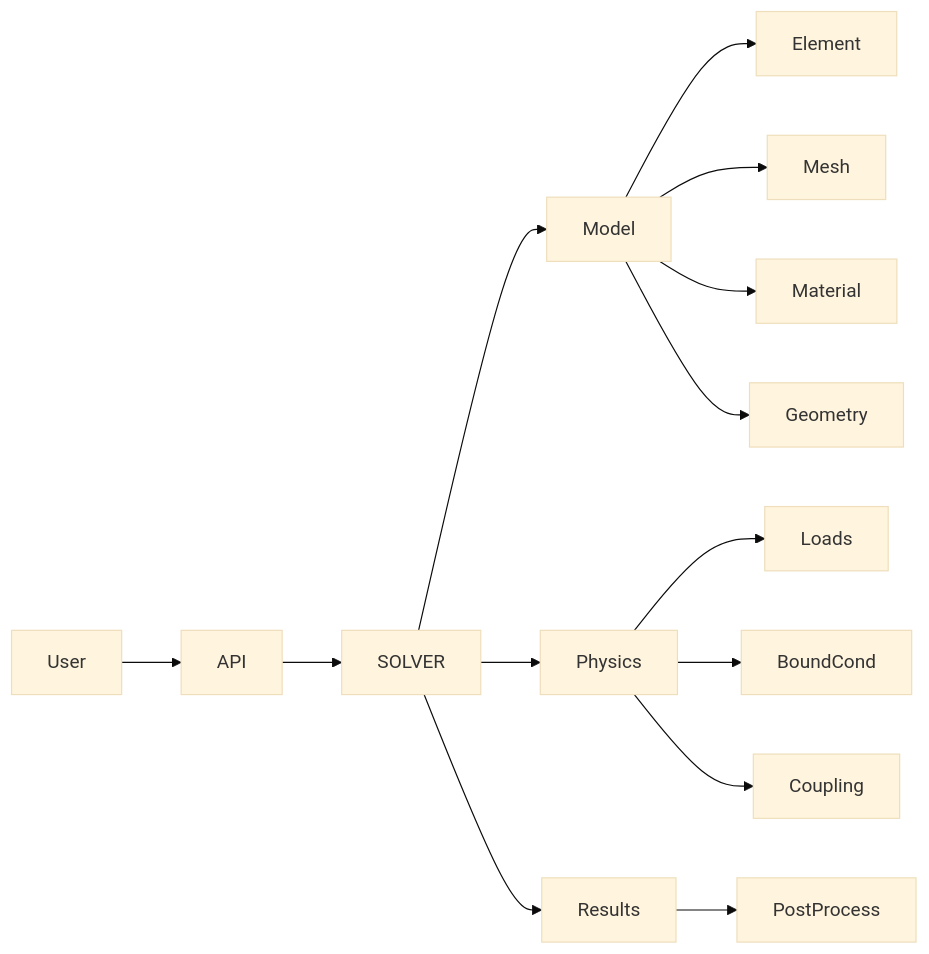
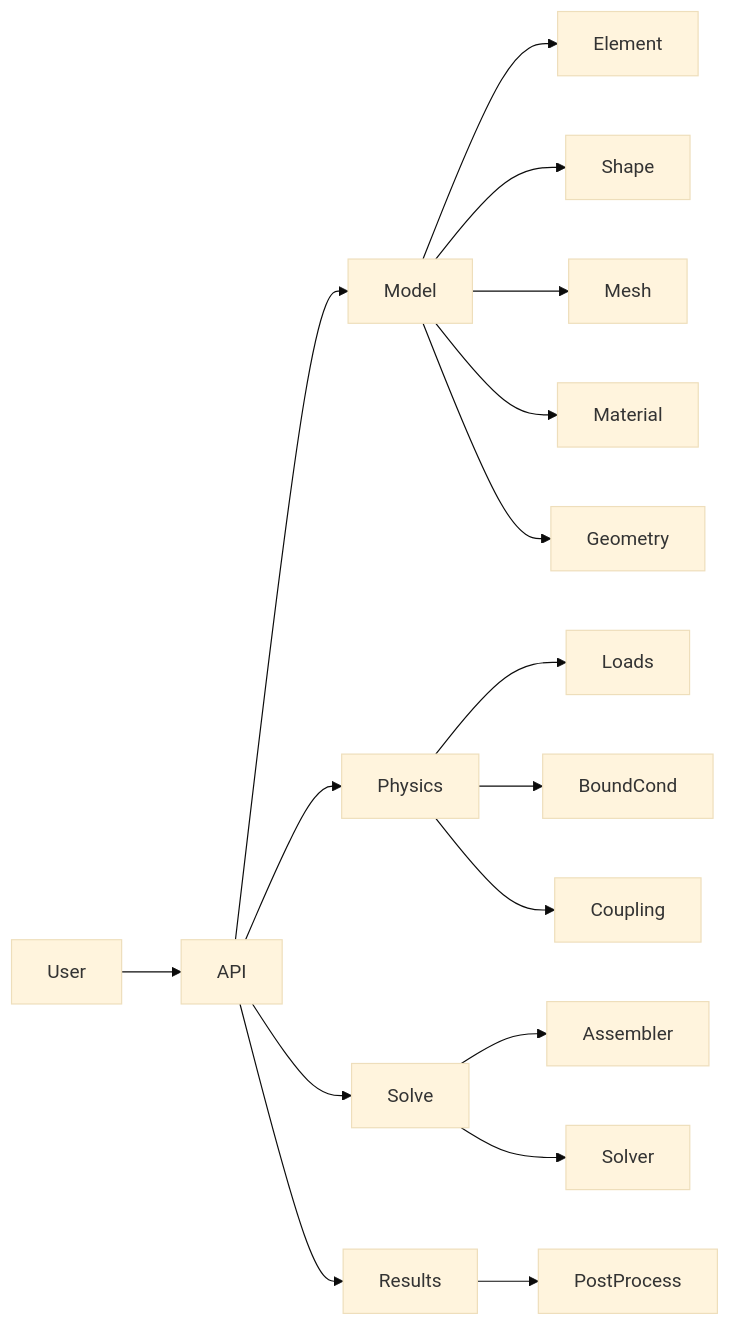
The fourth of 4 diagrams in docs/user_manual.md (avgcampos/myfempy), drawn with Mermaid (base theme) before and after one commit. The commit also changed other lines of this file and 23 other files, not shown here.

````diff
--- a/docs/user_manual.md
+++ b/docs/user_manual.md
@@ -88,19 +77,23 @@
 ```mermaid
 graph LR
 User --> API
-API --> SOLVER
-SOLVER --> Model
-SOLVER --> Physics
-SOLVER --> Results
+API --> Model
+API --> Physics
+API --> Solve
+API --> Results
 
 Model --> Element
+Model --> Shape
 Model --> Mesh
 Model --> Material
 Model --> Geometry
 
 Physics --> Loads
 Physics --> BoundCond
 Physics --> Coupling
 
 Results --> PostProcess
+
+Solve --> Assembler
+Solve --> Solver
 ```
````
